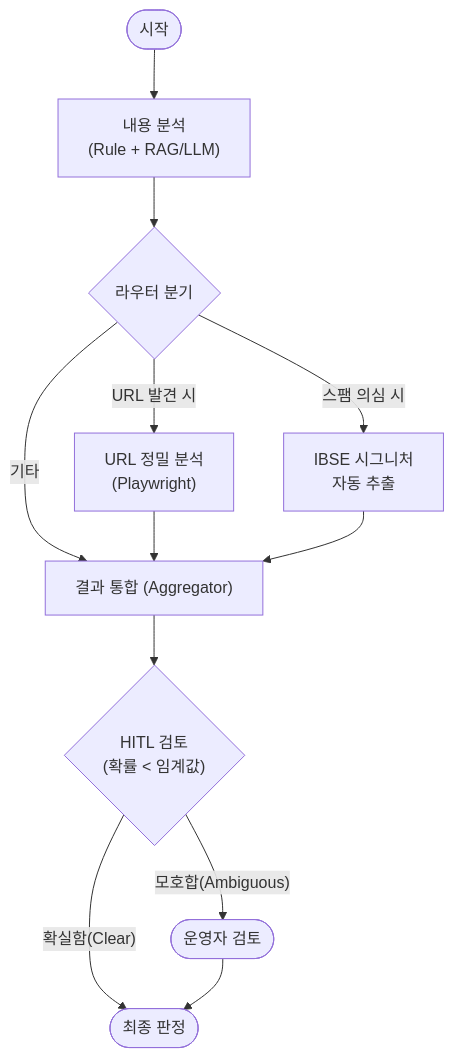
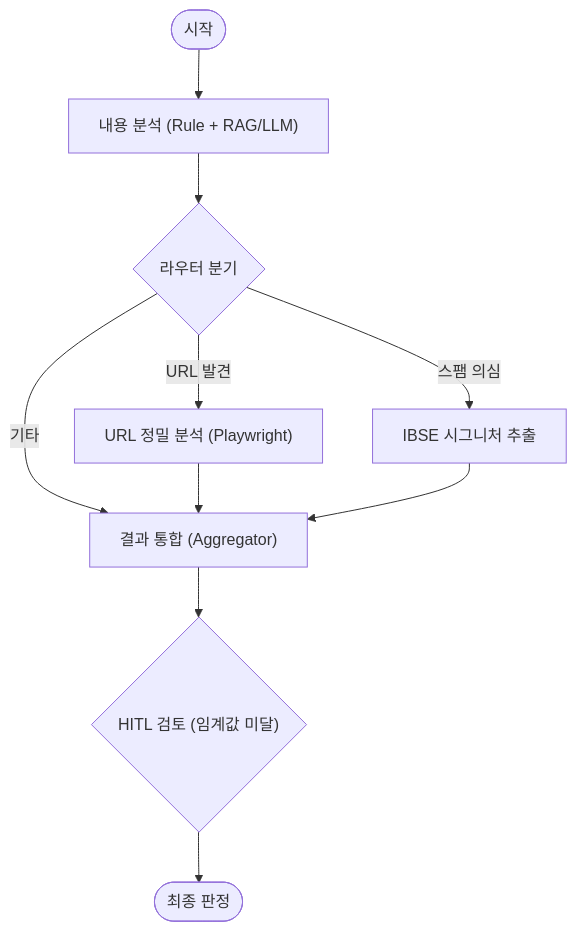
Before and after one commit to jay365-code/spam-detector: the diagram in docs/README.md, drawn with Mermaid. The commit also changed other lines of this file and 113 other files, not shown here.

First line of the commit message:
feat: Enhanced Spam RAG Architecture & System Hardening

````diff
--- a/docs/README.md
+++ b/docs/README.md
@@ -34,20 +40,17 @@
 ```mermaid
 graph TD
-    Start([시작]) --> Content["내용 분석<br/>(Rule + RAG/LLM)"]
+    Start([시작]) --> Content["내용 분석 (Rule + RAG/LLM)"]
     Content --> Router{라우터 분기}
     
-    %% 병렬 처리 분기
-    Router -- "URL 발견 시" --> URL["URL 정밀 분석<br/>(Playwright)"]
-    Router -- "스팸 의심 시" --> IBSE["IBSE 시그니처<br/>자동 추출"]
+    %% 병렬 처리
+    Router -- "URL 발견" --> URL["URL 정밀 분석 (Playwright)"]
+    Router -- "스팸 의심" --> IBSE["IBSE 시그니처 추출"]
     Router -- "기타" --> Aggregator
     
     %% 결과 통합
     URL --> Aggregator["결과 통합 (Aggregator)"]
     IBSE --> Aggregator
     
-    Aggregator --> HITL{"HITL 검토<br/>(확률 < 임계값)"}
-    
-    HITL -- "모호합(Ambiguous)" --> User([운영자 검토])
-    HITL -- "확실함(Clear)" --> End([최종 판정])
-    User --> End
+    Aggregator --> HITL{"HITL 검토 (임계값 미달)"}
+    HITL --> End([최종 판정])
 ```
````
